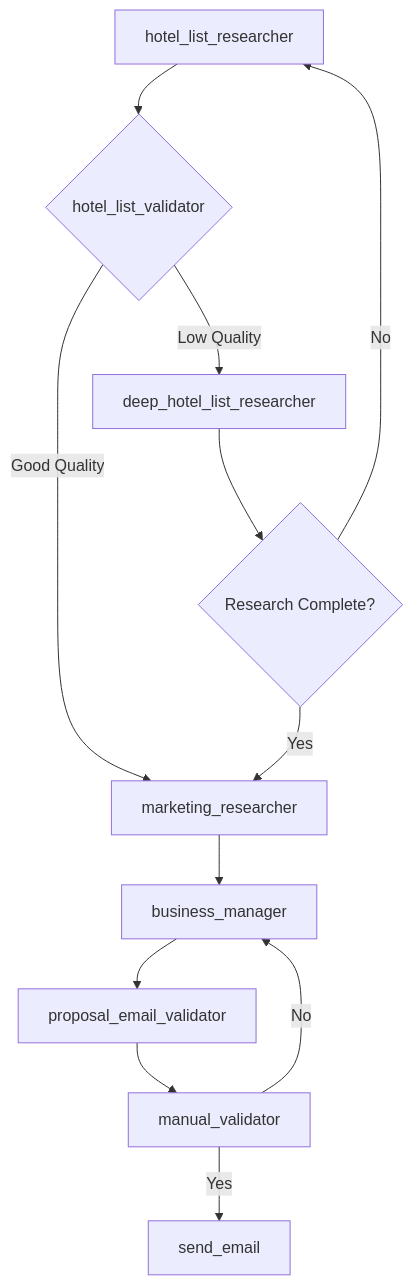
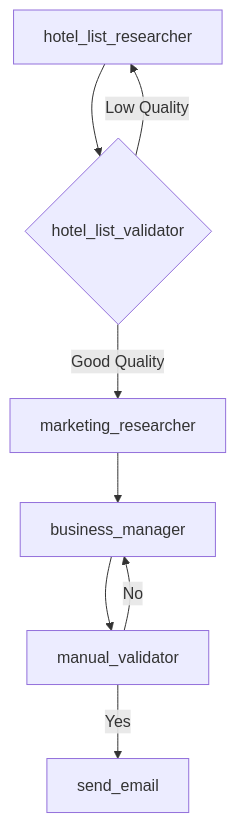
Before and after one commit to ptjuanramos/hotel-proposer: the diagram in README.md, drawn with Mermaid.

Commit message:
change diagram

````diff
--- a/README.md
+++ b/README.md
@@ -3,14 +3,11 @@
 ```mermaid
-graph TD
-    A[hotel_list_researcher] --> B{hotel_list_validator}
-    B -->|Low Quality| C[deep_hotel_list_researcher]
-    B -->|Good Quality| D[marketing_researcher]
-    C --> E{Research Complete?}
-    E -->|No| A
-    E -->|Yes| D
-    D --> F[business_manager]
-    F --> G[proposal_email_validator]
-    G --> H[manual_validator]
-    H --> |No|F
-    H --> |Yes|J[send_email]
+flowchart TD
+    A["hotel_list_researcher"] --> B{"hotel_list_validator"}
+    B -- Low Quality --> A
+    B -- Good Quality --> D["marketing_researcher"]
+    D --> F["business_manager"]
+    F --> H["manual_validator"]
+    H -- No --> F
+    H -- Yes --> J["send_email"]
+
 ```
````
